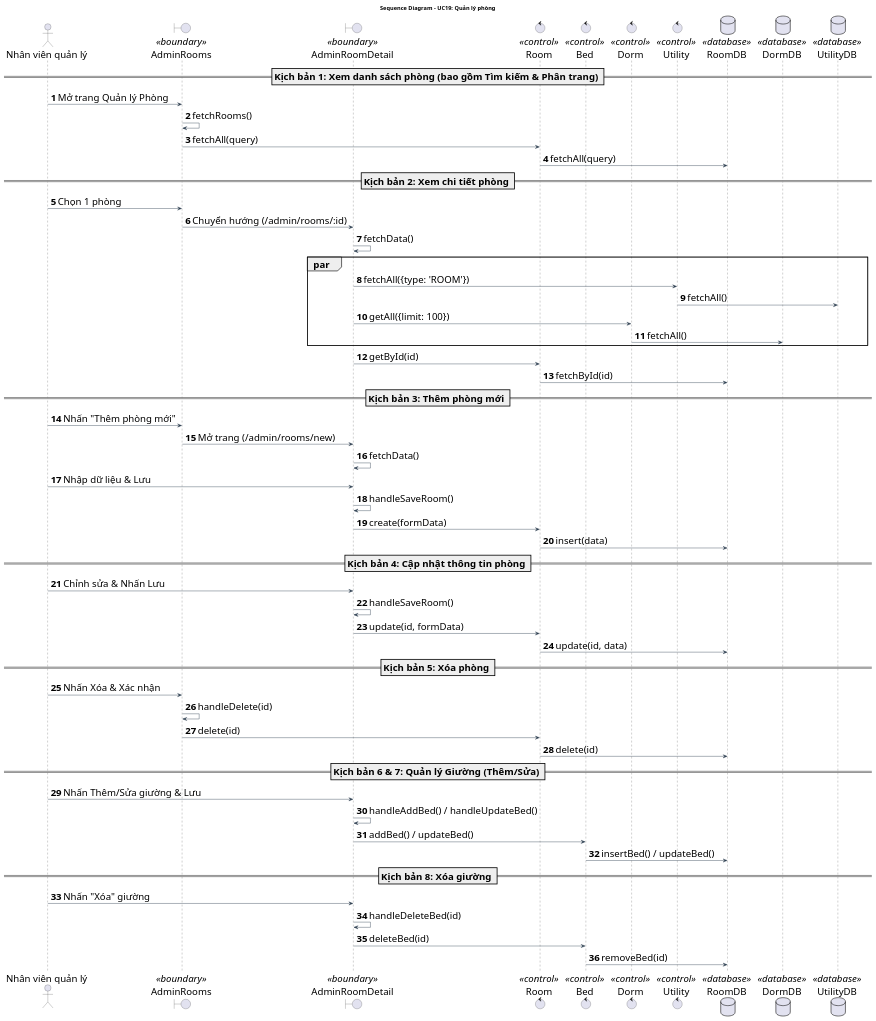
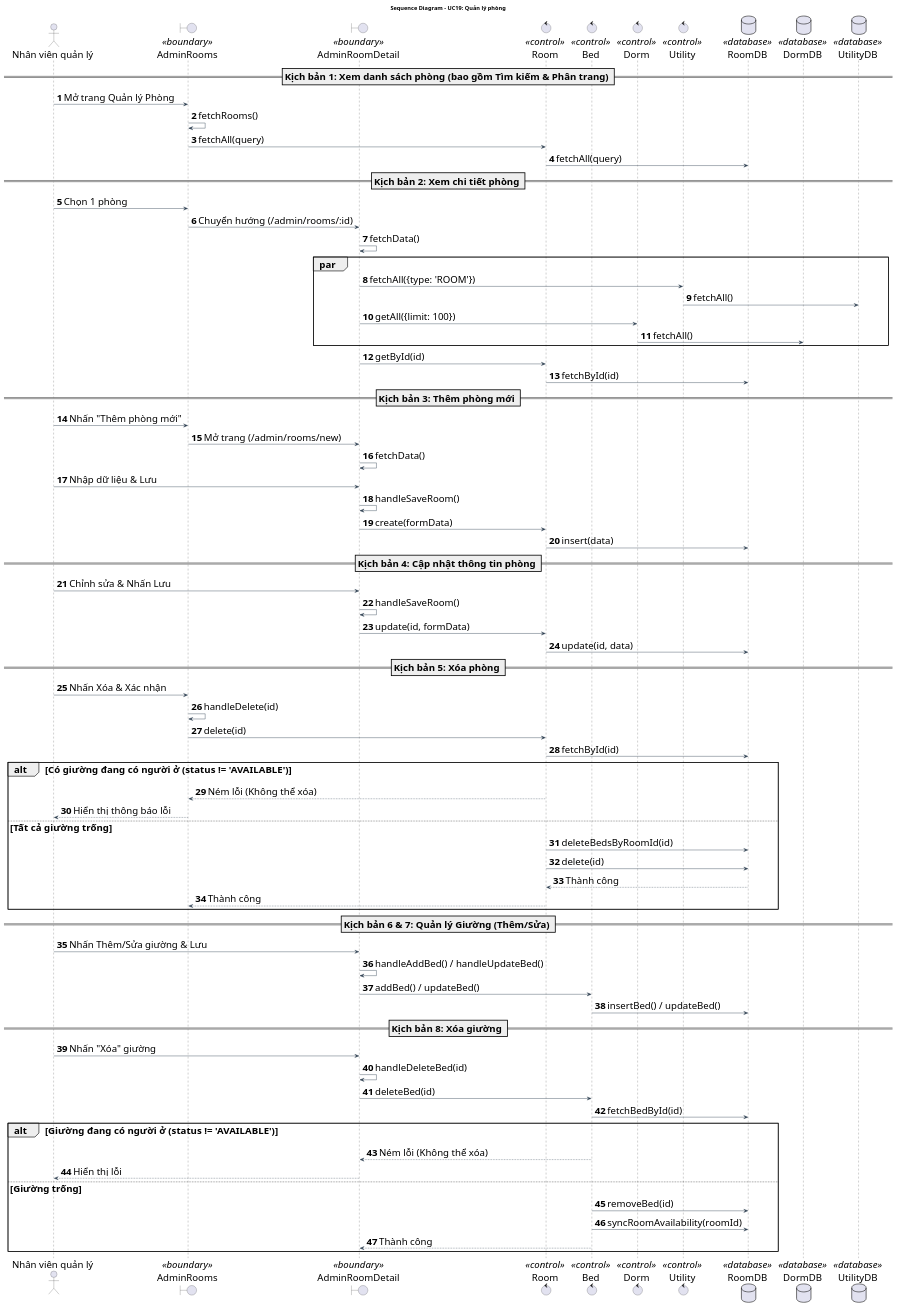
Before and after one commit to Gnourt812005/HCMUS-Analyze-and-desgin-IS: the diagram in doc/system/quan_ly_phong/QuanLyPhong_SequenceDiagram.wsd, drawn with PlantUML. The commit also changed 7 other files, not shown here.

Commit message:
truong/code: catch condition in delete dorm/room

```diff
--- a/doc/system/quan_ly_phong/QuanLyPhong_SequenceDiagram.wsd
+++ b/doc/system/quan_ly_phong/QuanLyPhong_SequenceDiagram.wsd
@@ -1,79 +1,98 @@
 @startuml QuanLyPhong_SequenceDiagram
 title Sequence Diagram - UC19: Quản lý phòng
 
 ' --- STYLE CONFIGURATION ---
 skinparam {
     BackgroundColor White
     ArrowColor #2D3E50
     DefaultFontName "Arial"
     DefaultFontSize 24
     ParticipantPadding 20
     BoxPadding 10
 }
 
 actor "Nhân viên quản lý" as Actor
 boundary "AdminRooms" as MainGUI <<boundary>>
 boundary "AdminRoomDetail" as DetailGUI <<boundary>>
 control "Room" as BUS_Room <<control>>
 control "Bed" as BUS_Bed <<control>>
 control "Dorm" as BUS_Dorm <<control>>
 control "Utility" as BUS_Util <<control>>
 database "RoomDB" as RDB <<database>>
 database "DormDB" as DDB <<database>>
 database "UtilityDB" as UDB <<database>>
 
 autonumber
 
 == Kịch bản 1: Xem danh sách phòng (bao gồm Tìm kiếm & Phân trang) ==
 Actor -> MainGUI: Mở trang Quản lý Phòng
 MainGUI -> MainGUI: fetchRooms()
 MainGUI -> BUS_Room: fetchAll(query)
 BUS_Room -> RDB: fetchAll(query)
 
 == Kịch bản 2: Xem chi tiết phòng ==
 Actor -> MainGUI: Chọn 1 phòng
 MainGUI -> DetailGUI: Chuyển hướng (/admin/rooms/:id)
 DetailGUI -> DetailGUI: fetchData()
 par 
     DetailGUI -> BUS_Util: fetchAll({type: 'ROOM'})
     BUS_Util -> UDB: fetchAll()
     DetailGUI -> BUS_Dorm: getAll({limit: 100})
     BUS_Dorm -> DDB: fetchAll()
 end
 DetailGUI -> BUS_Room: getById(id)
 BUS_Room -> RDB: fetchById(id)
 
 == Kịch bản 3: Thêm phòng mới ==
 Actor -> MainGUI: Nhấn "Thêm phòng mới"
 MainGUI -> DetailGUI: Mở trang (/admin/rooms/new)
 DetailGUI -> DetailGUI: fetchData()
 Actor -> DetailGUI: Nhập dữ liệu & Lưu
 DetailGUI -> DetailGUI: handleSaveRoom()
 DetailGUI -> BUS_Room: create(formData)
 BUS_Room -> RDB: insert(data)
 
 == Kịch bản 4: Cập nhật thông tin phòng ==
 Actor -> DetailGUI: Chỉnh sửa & Nhấn Lưu
 DetailGUI -> DetailGUI: handleSaveRoom()
 DetailGUI -> BUS_Room: update(id, formData)
 BUS_Room -> RDB: update(id, data)
 
 == Kịch bản 5: Xóa phòng ==
 Actor -> MainGUI: Nhấn Xóa & Xác nhận
 MainGUI -> MainGUI: handleDelete(id)
 MainGUI -> BUS_Room: delete(id)
-BUS_Room -> RDB: delete(id)
+BUS_Room -> RDB: fetchById(id)
+alt Có giường đang có người ở (status != 'AVAILABLE')
+    BUS_Room --> MainGUI: Ném lỗi (Không thể xóa)
+    MainGUI --> Actor: Hiển thị thông báo lỗi
+else Tất cả giường trống
+    BUS_Room -> RDB: deleteBedsByRoomId(id)
+    BUS_Room -> RDB: delete(id)
+    RDB --> BUS_Room: Thành công
+    BUS_Room --> MainGUI: Thành công
+end
+
 
 == Kịch bản 6 & 7: Quản lý Giường (Thêm/Sửa) ==
 Actor -> DetailGUI: Nhấn Thêm/Sửa giường & Lưu
 DetailGUI -> DetailGUI: handleAddBed() / handleUpdateBed()
 DetailGUI -> BUS_Bed: addBed() / updateBed()
 BUS_Bed -> RDB: insertBed() / updateBed()
 
 == Kịch bản 8: Xóa giường ==
 Actor -> DetailGUI: Nhấn "Xóa" giường
 DetailGUI -> DetailGUI: handleDeleteBed(id)
 DetailGUI -> BUS_Bed: deleteBed(id)
-BUS_Bed -> RDB: removeBed(id)
+BUS_Bed -> RDB: fetchBedById(id)
+alt Giường đang có người ở (status != 'AVAILABLE')
+    BUS_Bed --> DetailGUI: Ném lỗi (Không thể xóa)
+    DetailGUI --> Actor: Hiển thị lỗi
+else Giường trống
+    BUS_Bed -> RDB: removeBed(id)
+    BUS_Bed -> RDB: syncRoomAvailability(roomId)
+    BUS_Bed --> DetailGUI: Thành công
+end
+
 
 @enduml
```
